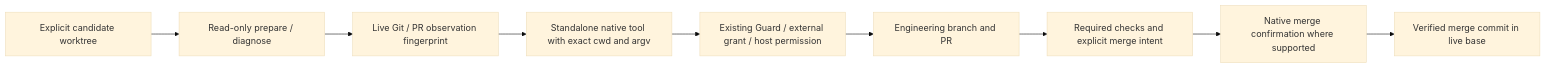
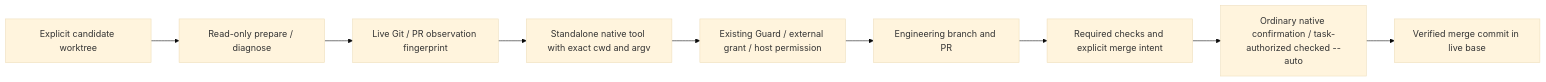
Before and after one commit to LucasLu3918/ai-product-system: diagram 13 of 50 in docs/ARCHITECTURE.md, drawn with Mermaid (base theme). The commit also changed other lines of this file and 26 other files, not shown here.

Commit message:
feat: validate M4A and task-authorized auto-merge

````diff
--- a/docs/ARCHITECTURE.md
+++ b/docs/ARCHITECTURE.md
@@ -280,11 +280,11 @@
 ```mermaid
 flowchart LR
   W[Explicit candidate worktree] --> P[Read-only prepare / diagnose]
   P --> O[Live Git / PR observation fingerprint]
   O --> N[Standalone native tool with exact cwd and argv]
   N --> G[Existing Guard / external grant / host permission]
   G --> R[Engineering branch and PR]
   R --> C[Required checks and explicit merge intent]
-  C --> M[Native merge confirmation where supported]
+  C --> M[Ordinary native confirmation / task-authorized checked --auto]
   M --> V[Verified merge commit in live base]
 ```
````
